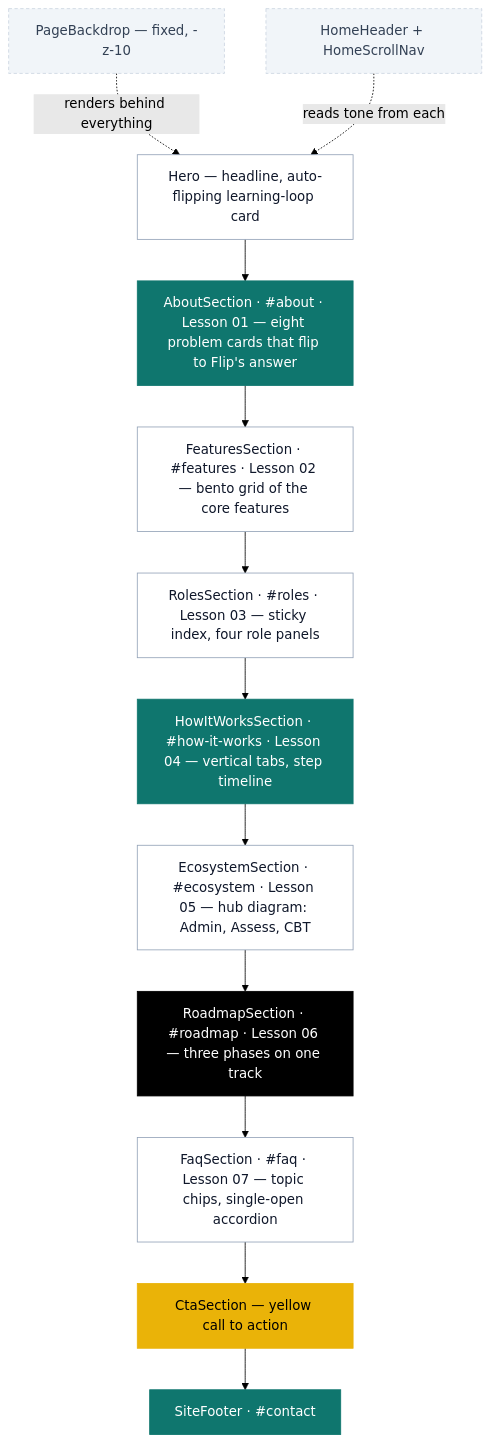
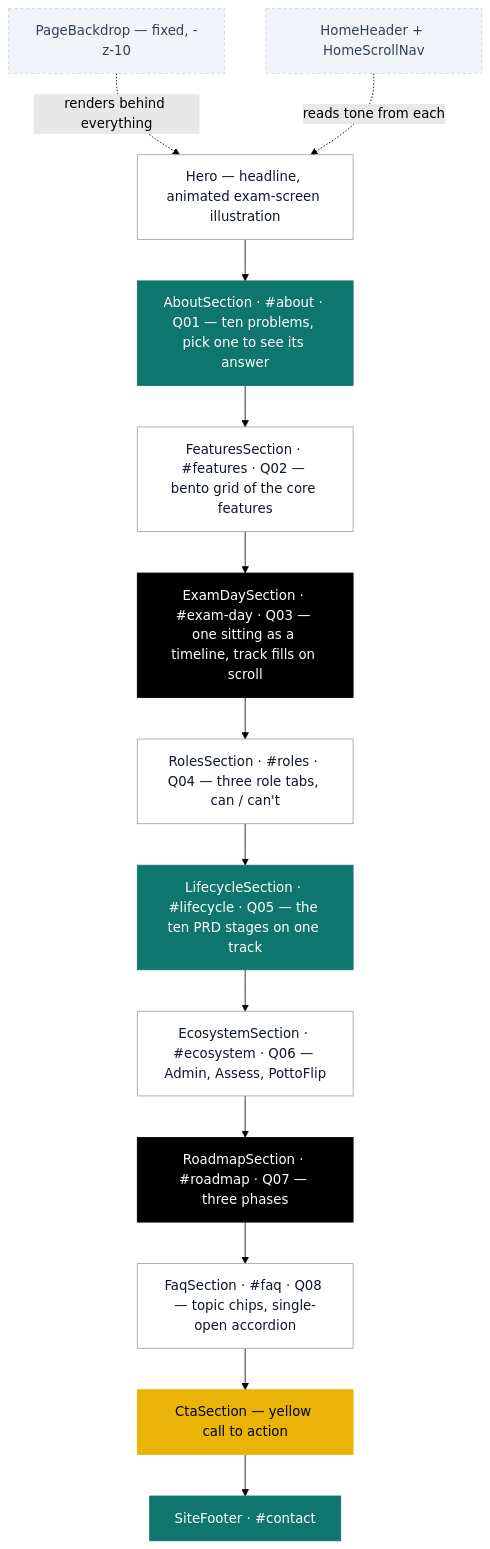
One commit to odomaurice/potto-cbt changed the first of 2 diagrams in README.md. Above: the diagram before and after it, drawn with Mermaid (forest theme). The commit also changed other lines of this file and 24 other files, not shown here.

First line of the commit message:
Potto CBT marketing site

````diff
--- a/README.md
+++ b/README.md
@@ -73,26 +75,27 @@
 ```mermaid
 flowchart TB
     BD["PageBackdrop — fixed, -z-10"]:::util
     HD["HomeHeader + HomeScrollNav"]:::util
 
-    H["Hero — headline, auto-flipping learning-loop card"]:::light
-    A["AboutSection · #about · Lesson 01 — eight problem cards that flip to Flip's answer"]:::dark
-    F["FeaturesSection · #features · Lesson 02 — bento grid of the core features"]:::light
-    R["RolesSection · #roles · Lesson 03 — sticky index, four role panels"]:::light
-    W["HowItWorksSection · #how-it-works · Lesson 04 — vertical tabs, step timeline"]:::dark
-    E["EcosystemSection · #ecosystem · Lesson 05 — hub diagram: Admin, Assess, CBT"]:::light
-    RM["RoadmapSection · #roadmap · Lesson 06 — three phases on one track"]:::ink
-    FQ["FaqSection · #faq · Lesson 07 — topic chips, single-open accordion"]:::light
+    H["Hero — headline, animated exam-screen illustration"]:::light
+    A["AboutSection · #about · Q01 — ten problems, pick one to see its answer"]:::dark
+    F["FeaturesSection · #features · Q02 — bento grid of the core features"]:::light
+    X["ExamDaySection · #exam-day · Q03 — one sitting as a timeline, track fills on scroll"]:::ink
+    R["RolesSection · #roles · Q04 — three role tabs, can / can't"]:::light
+    L["LifecycleSection · #lifecycle · Q05 — the ten PRD stages on one track"]:::dark
+    E["EcosystemSection · #ecosystem · Q06 — Admin, Assess, PottoFlip"]:::light
+    RM["RoadmapSection · #roadmap · Q07 — three phases"]:::ink
+    FQ["FaqSection · #faq · Q08 — topic chips, single-open accordion"]:::light
     CT["CtaSection — yellow call to action"]:::yellow
     FT["SiteFooter · #contact"]:::dark
 
     BD -.->|"renders behind everything"| H
     HD -.->|"reads tone from each"| H
-    H --> A --> F --> R --> W --> E --> RM --> FQ --> CT --> FT
+    H --> A --> F --> X --> R --> L --> E --> RM --> FQ --> CT --> FT
 
     classDef light fill:#ffffff,stroke:#94a3b8,color:#0f172a
     classDef dark fill:#0f766e,stroke:#0f766e,color:#ffffff
     classDef ink fill:#000000,stroke:#000000,color:#ffffff
     classDef yellow fill:#eab308,stroke:#eab308,color:#000000
     classDef util fill:#f1f5f9,stroke:#cbd5e1,color:#334155,stroke-dasharray:4 3
 ```
````
